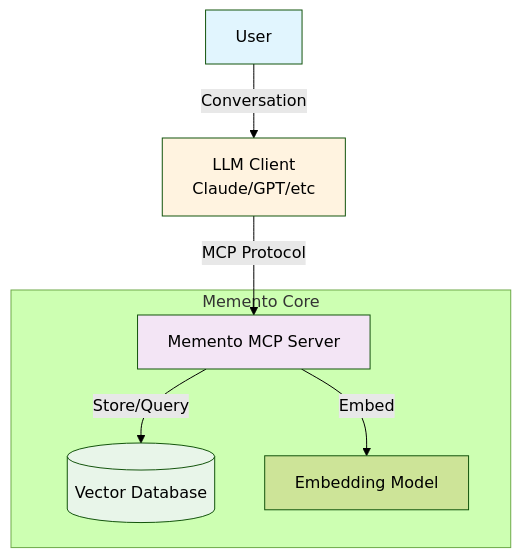
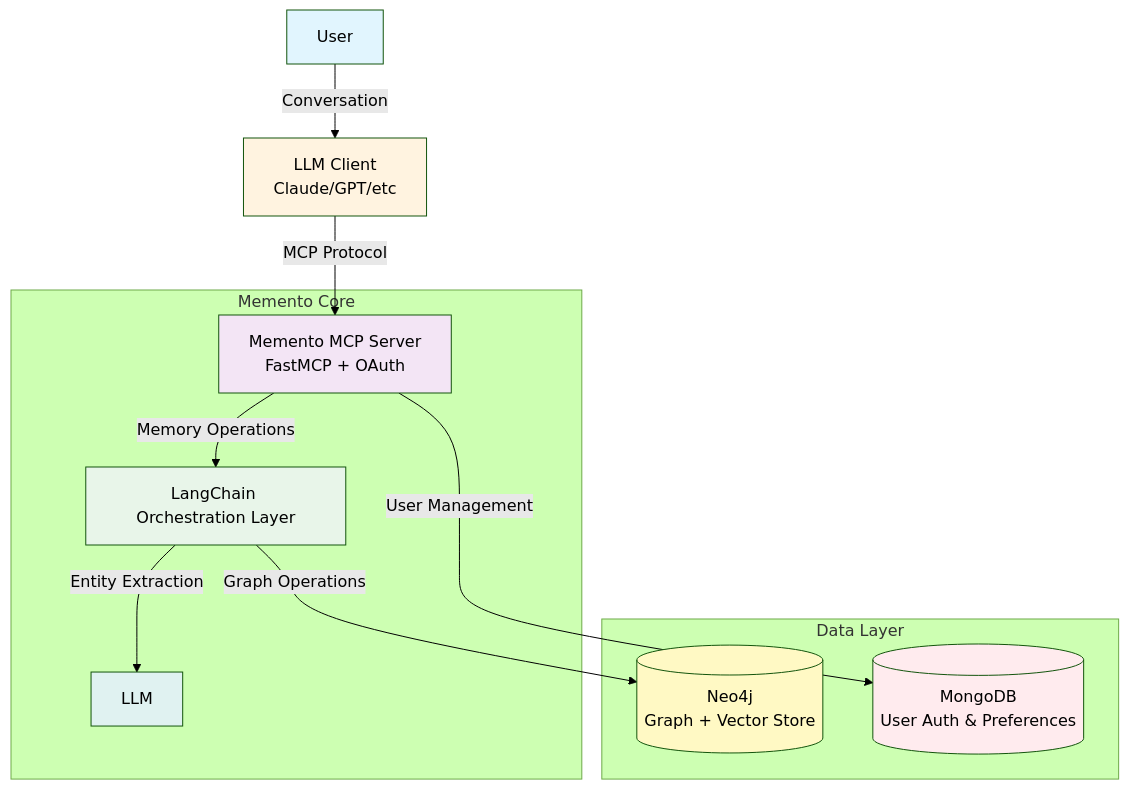
Before and after one commit to rigrergl/memento: the diagram in README.md, drawn with Mermaid (forest theme).

Commit message:
Update README high level architecture

````diff
--- a/README.md
+++ b/README.md
@@ -11,19 +11,31 @@
 ```mermaid
 graph TB
     User[User] -->|Conversation| Client[LLM Client<br/>Claude/GPT/etc]
-    Client -->|MCP Protocol| MCP[Memento MCP Server]
+    Client -->|MCP Protocol| MCP[Memento MCP Server<br/>FastMCP + OAuth]
     
-    MCP -->|Store/Query| VectorDB[(Vector Database)]
-    MCP -->|Embed| Embedder[Embedding Model]
+    MCP -->|Memory Operations| LC[LangChain Orchestration Layer]
+    
+    LC -->|Graph Operations| Neo4j[(Neo4j<br/>Graph + Vector Store)]
+    LC -->|Entity Extraction| LLM[LLM]
+    
+    MCP -->|User Management| MongoDB[(MongoDB<br/>User Auth & Preferences)]
     
     subgraph "Memento Core"
         MCP
-        VectorDB
-        Embedder
+        LC
+        LLM
+    end
+    
+    subgraph "Data Layer"
+        Neo4j
+        MongoDB
     end
     
     style User fill:#e1f5fe
     style Client fill:#fff3e0
     style MCP fill:#f3e5f5
-    style VectorDB fill:#e8f5e9
+    style LC fill:#e8f5e9
+    style Neo4j fill:#fff9c4
+    style MongoDB fill:#ffebee
+    style LLM fill:#e0f2f1
 ```
````
